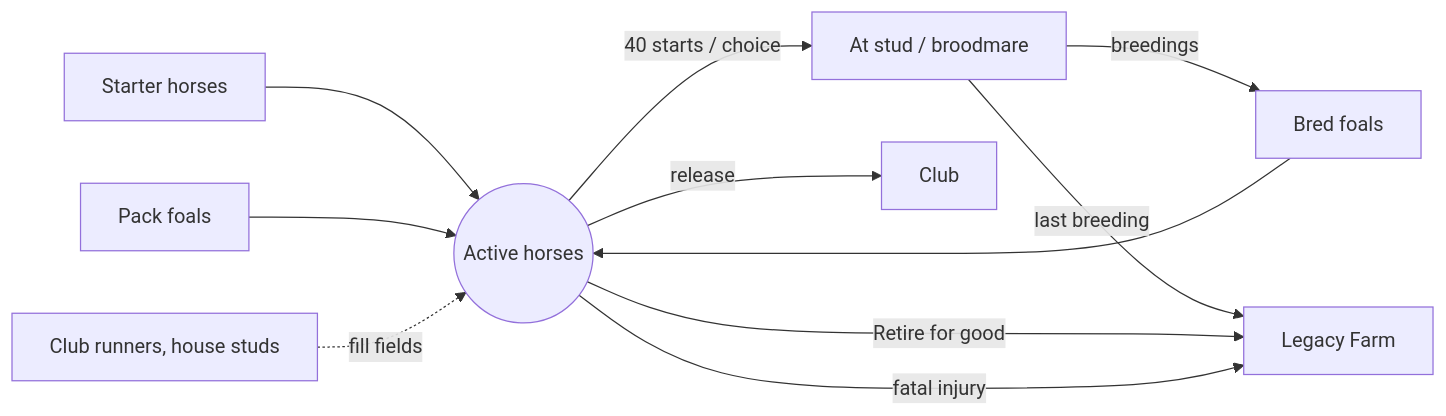
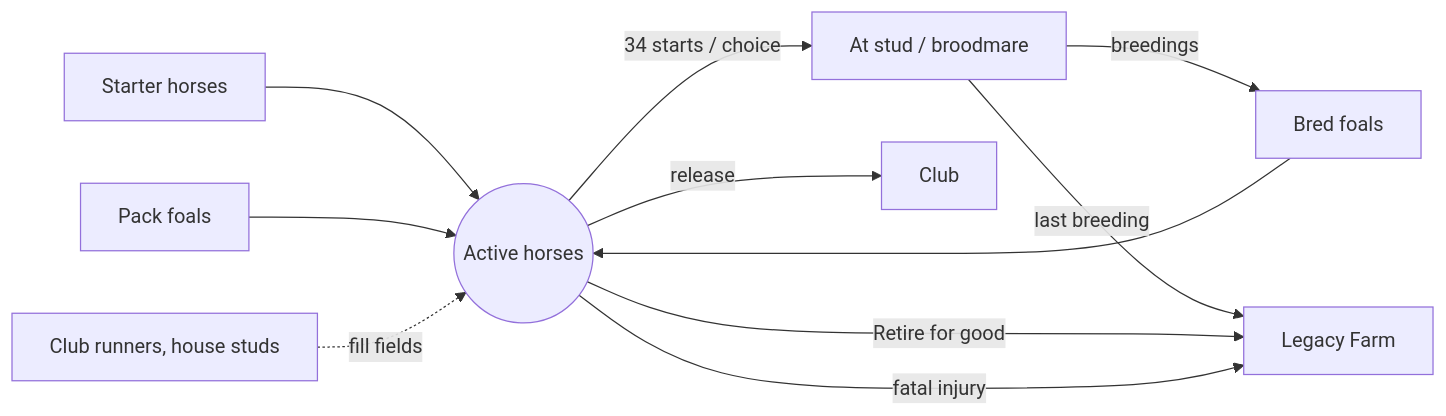
One commit to stephenclawdbot-png/ranch-game changed the third of 7 diagrams in docs/foundation/GAME-SYSTEMS.md. Above: the diagram before and after it, drawn with Mermaid. The commit also changed other lines of this file and 26 other files, not shown here.

````diff
--- a/docs/foundation/GAME-SYSTEMS.md
+++ b/docs/foundation/GAME-SYSTEMS.md
@@ -111,13 +111,13 @@
 ```mermaid
 flowchart LR
   starters[Starter horses] --> active((Active horses))
   packs[Pack foals] --> active
   foals[Bred foals] --> active
   club[Club runners, house studs] -.fill fields.-> active
-  active -->|40 starts / choice| stud[At stud / broodmare]
+  active -->|34 starts / choice| stud[At stud / broodmare]
   stud -->|breedings| foals
   stud -->|last breeding| legacy[Legacy Farm]
   active -->|Retire for good| legacy
   active -->|fatal injury| legacy
   active -->|release| clubpool[Club]
 ```
````
